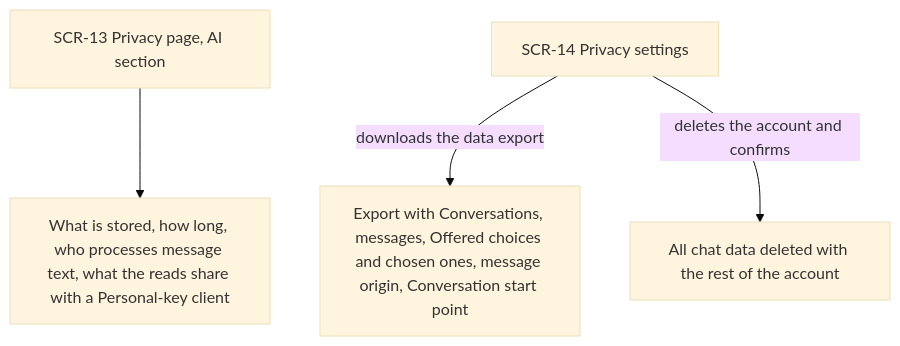
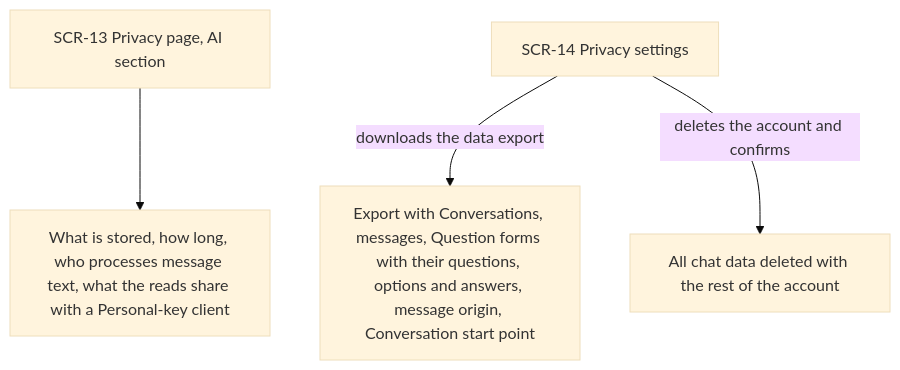
Before and after one commit to GopkoDev/invoiceForge: diagram 11 of 11 in docs/features/ai-chat-v2/ux-flows.md, drawn with Mermaid (base theme). The commit also changed other lines of this file and 14 other files, not shown here.

````diff
--- a/docs/features/ai-chat-v2/ux-flows.md
+++ b/docs/features/ai-chat-v2/ux-flows.md
@@ -235,6 +236,6 @@
 ```mermaid
 flowchart TD
     A["SCR-13 Privacy page, AI section"] --> B["What is stored, how long, who processes message text, what the reads share with a Personal-key client"]
-    C["SCR-14 Privacy settings"] -->|"downloads the data export"| D["Export with Conversations, messages, Offered choices and chosen ones, message origin, Conversation start point"]
+    C["SCR-14 Privacy settings"] -->|"downloads the data export"| D["Export with Conversations, messages, Question forms with their questions, options and answers, message origin, Conversation start point"]
     C -->|"deletes the account and confirms"| E["All chat data deleted with the rest of the account"]
 ```
````
